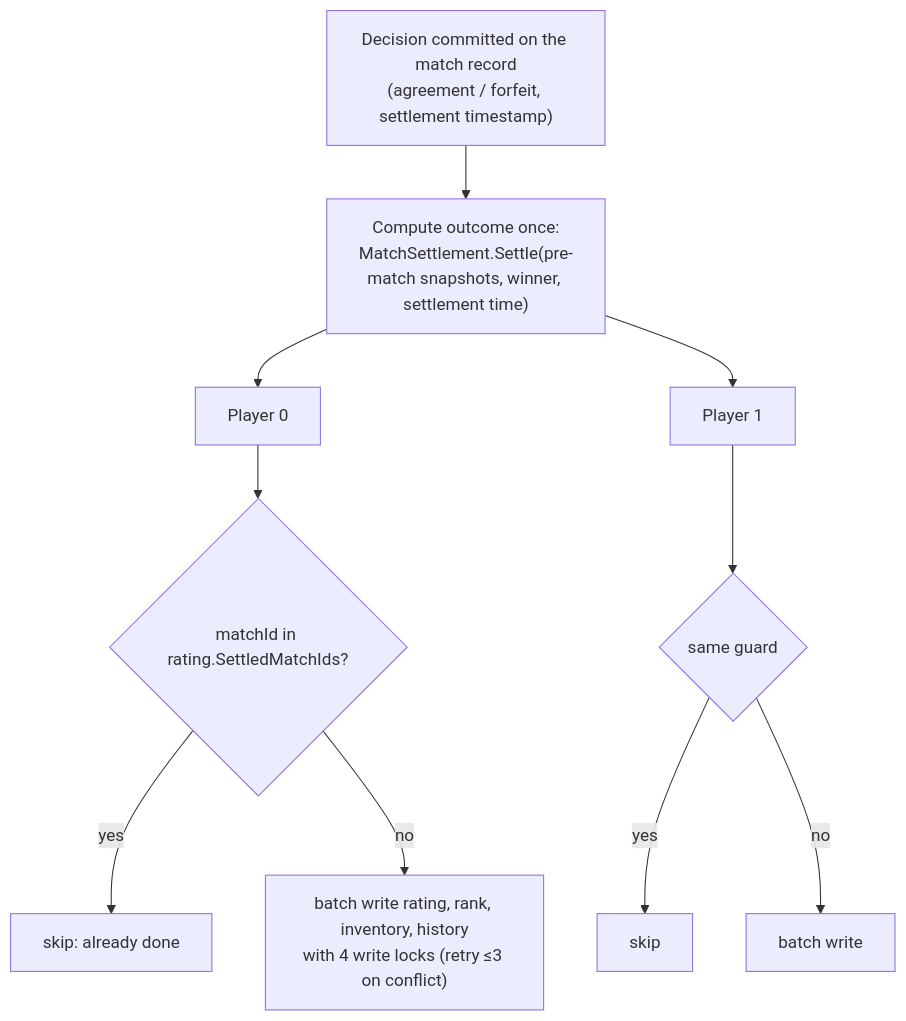
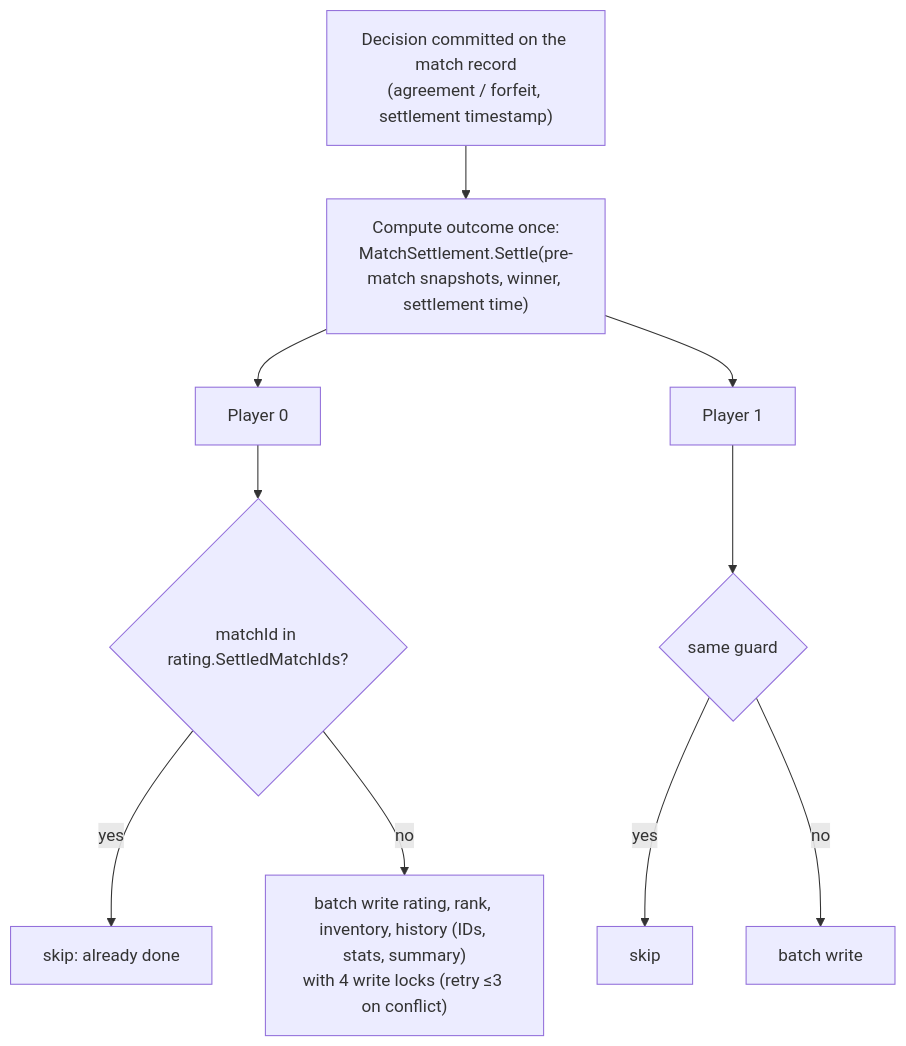
One commit to owen-donohoe/NodeGame changed the diagram in notes/2 Mechanisms/Match settlement.md. Above: the diagram before and after it, drawn with Mermaid. The commit also changed other lines of this file and 33 other files, not shown here.

````diff
--- a/notes/2 Mechanisms/Match settlement.md
+++ b/notes/2 Mechanisms/Match settlement.md
@@ -41,12 +41,12 @@
 ```mermaid
 flowchart TB
     D["Decision committed on the match record<br/>(agreement / forfeit, settlement timestamp)"] --> C["Compute outcome once:<br/>MatchSettlement.Settle(pre-match snapshots, winner, settlement time)"]
     C --> P0[Player 0]
     C --> P1[Player 1]
     P0 --> G0{"matchId in rating.SettledMatchIds?"}
     G0 -->|yes| S0[skip: already done]
-    G0 -->|no| W0["batch write rating, rank, inventory, history<br/>with 4 write locks (retry ≤3 on conflict)"]
+    G0 -->|no| W0["batch write rating, rank, inventory, history (IDs, stats, summary)<br/>with 4 write locks (retry ≤3 on conflict)"]
     P1 --> G1{"same guard"}
     G1 -->|yes| S1[skip]
     G1 -->|no| W1[batch write]
 ```
````
